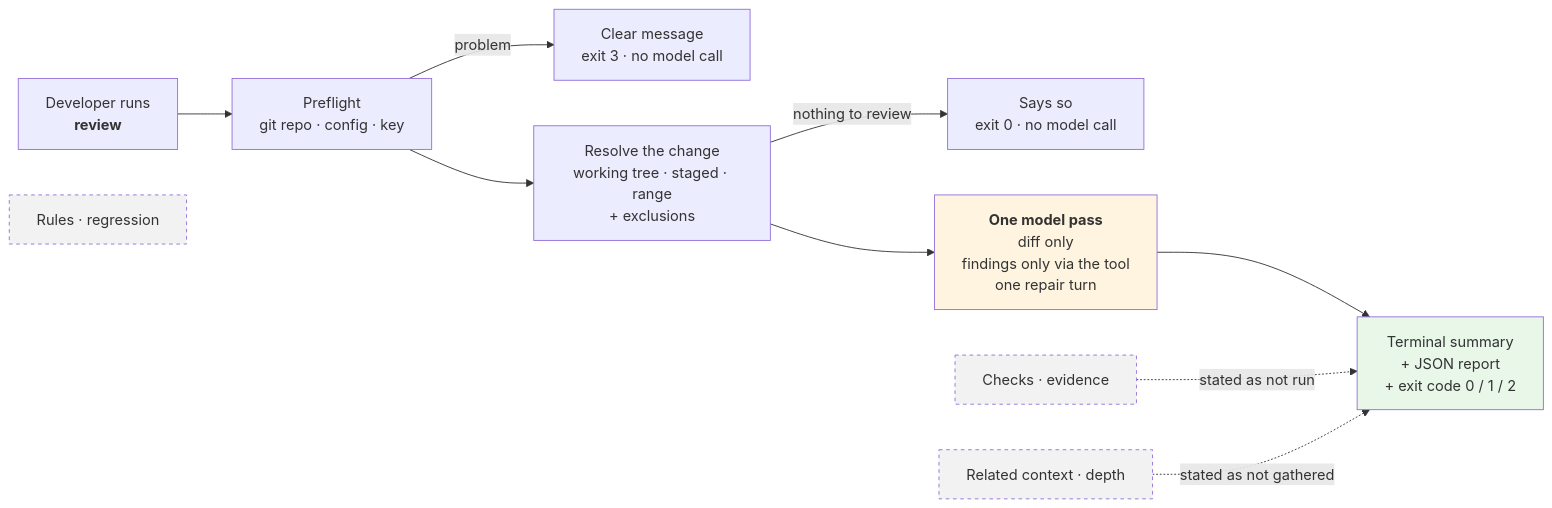
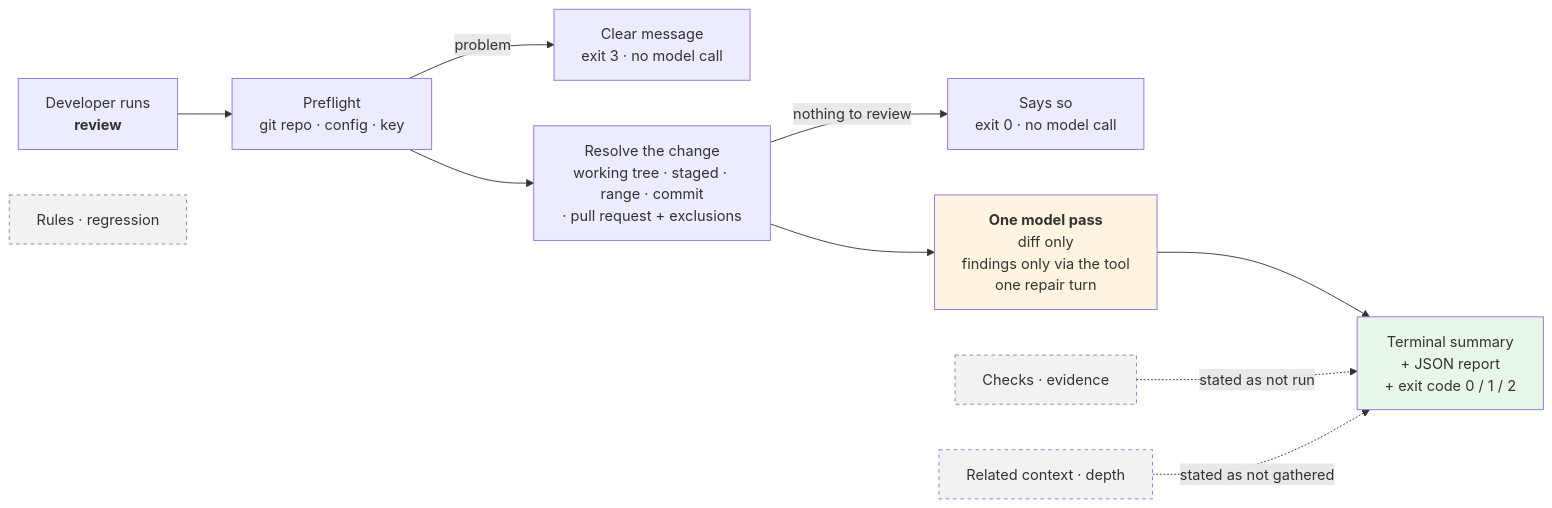
The diagram in specs/001-walking-skeleton/spec.md (nhahub/NHA-5-285), drawn with Mermaid before and after one commit. The commit also changed other lines of this file and 8 other files, not shown here.

First line of the commit message:
docs(specs): specify the commit, range-head and pull-request scopes for feature 001

````diff
--- a/specs/001-walking-skeleton/spec.md
+++ b/specs/001-walking-skeleton/spec.md
@@ -17,19 +17,19 @@
 ```mermaid
 flowchart LR
     DEV["Developer runs<br/><b>review</b>"] --> PRE["Preflight<br/>git repo · config · key"]
     PRE -->|"problem"| STOP["Clear message<br/>exit 3 · no model call"]
-    PRE --> CS["Resolve the change<br/>working tree · staged · range<br/>+ exclusions"]
+    PRE --> CS["Resolve the change<br/>working tree · staged · range · commit<br/>· pull request + exclusions"]
     CS -->|"nothing to review"| NONE["Says so<br/>exit 0 · no model call"]
     CS --> M["<b>One model pass</b><br/>diff only<br/>findings only via the tool<br/>one repair turn"]
     M --> OUT["Terminal summary<br/>+ JSON report<br/>+ exit code 0 / 1 / 2"]
 
     SKIP1["Checks · evidence"]:::later
     SKIP2["Related context · depth"]:::later
     SKIP3["Rules · regression"]:::later
     SKIP1 -.->|"stated as not run"| OUT
     SKIP2 -.->|"stated as not gathered"| OUT
 
     classDef later fill:#f2f2f2,stroke-dasharray: 4 4
     style M fill:#fff4e0
     style OUT fill:#e8f7e8
 ```
````
